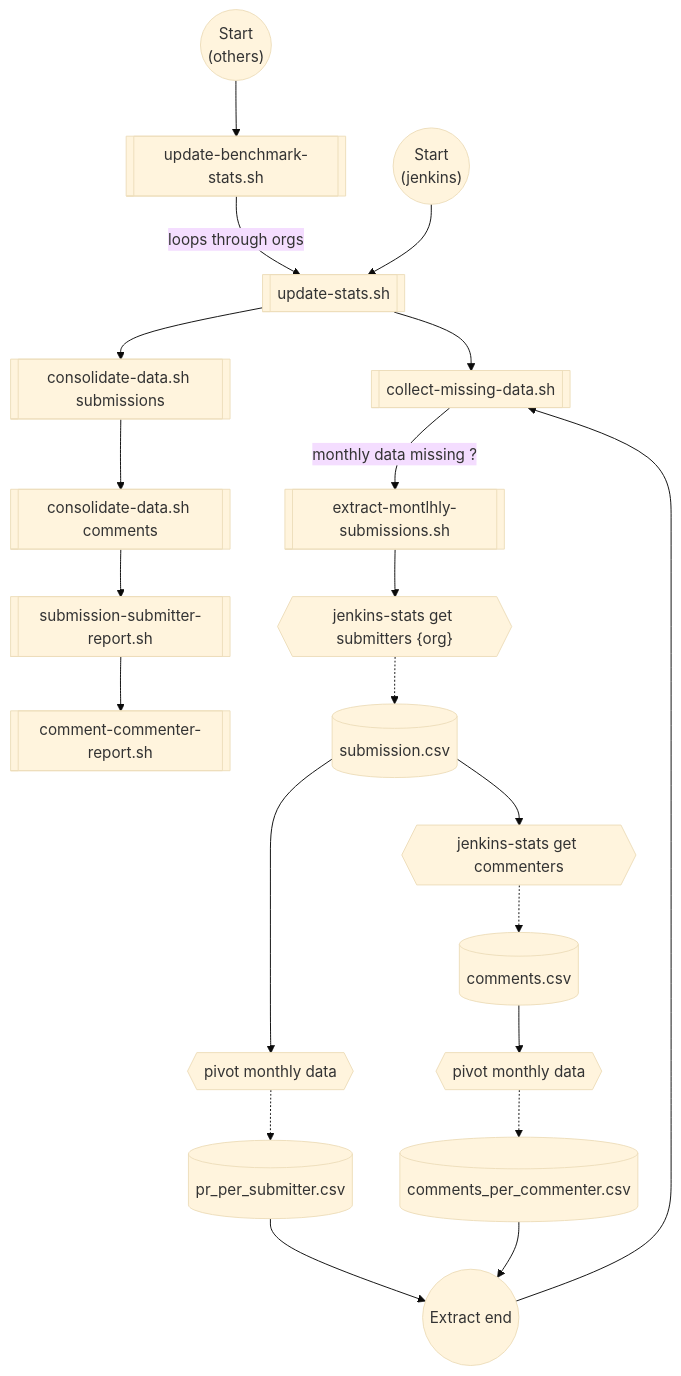
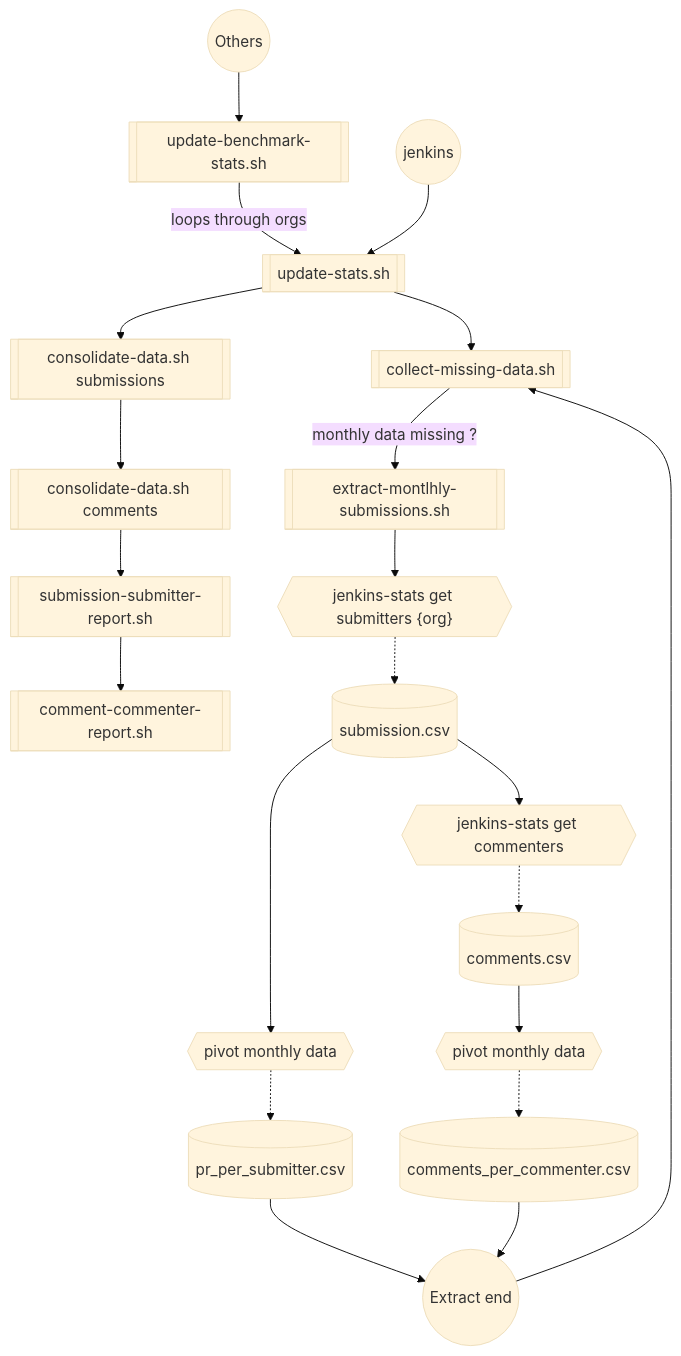
One commit to jenkins-infra/jenkins-contribution-stats changed the diagram in README.md. Above: the diagram before and after it, drawn with Mermaid (base theme).

Commit message:
mermaid fix tentative

````diff
--- a/README.md
+++ b/README.md
@@ -33,39 +33,35 @@
 ```mermaid
 flowchart TD;
-	start1(("`Start
-	(others)
-	 `"));
+    start1((Others));
 
-	start2(("`Start
-	(jenkins)
-	 `"));
+	start2((jenkins));
 
     extract_end((Extract end));
 
     A[[update-benchmark-stats.sh]];
     B[[update-stats.sh]];
     C[[collect-missing-data.sh]];
     D[[consolidate-data.sh submissions]];
     E[[consolidate-data.sh comments]];
     F[[submission-submitter-report.sh]];
     G[[comment-commenter-report.sh]];
     extracData[[extract-montlhly-submissions.sh]];
     get_submitters{{"jenkins-stats get submitters {org}"}};
 
     submission_month[(submission.csv)];
     monththlyPivot_submit[(pr_per_submitter.csv)];
     comments_month[(comments.csv)];
     monththlyPivot_comment[(comments_per_commenter.csv)];
     
     monthlypivot_subm{{pivot monthly data}};
     monthlypivot_comment{{pivot monthly data}};
 
     get_commenters{{"jenkins-stats get commenters"}};
     
     start1 --> A -- loops through orgs --> B;
     start2 --> B;
     B --> C -- monthly data missing ? --> extracData  --> get_submitters;
     get_submitters -.-> submission_month --> monthlypivot_subm -.-> monththlyPivot_submit --> extract_end --> C;
     submission_month --> get_commenters -.-> comments_month --> monthlypivot_comment -.-> monththlyPivot_comment --> extract_end;
     B --> D --> E --> F --> G;
 ```
````
